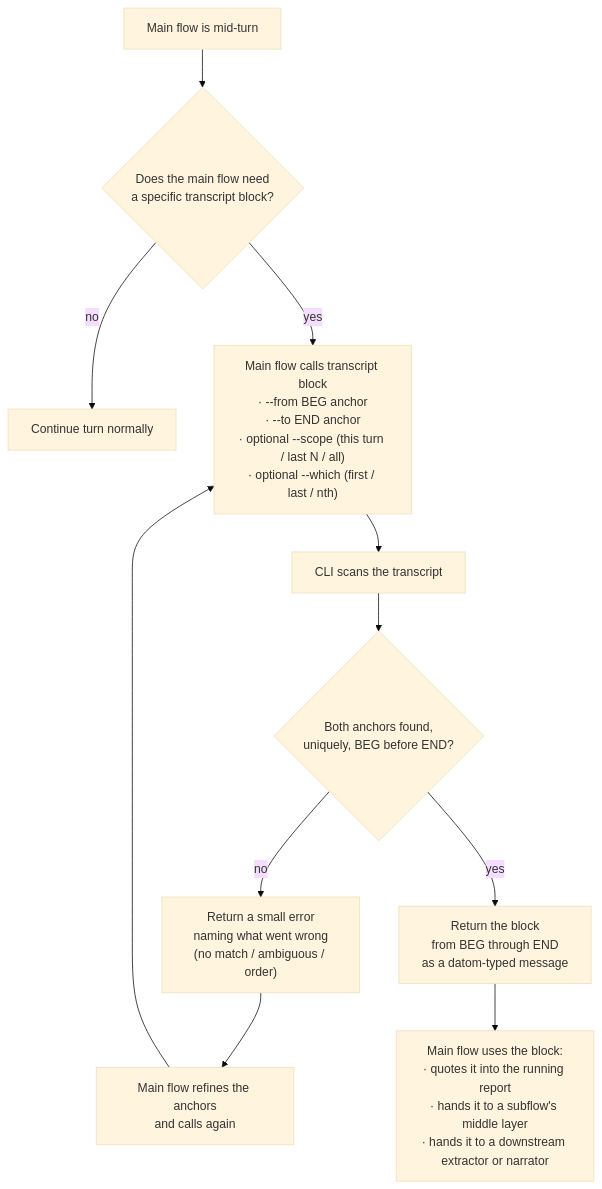
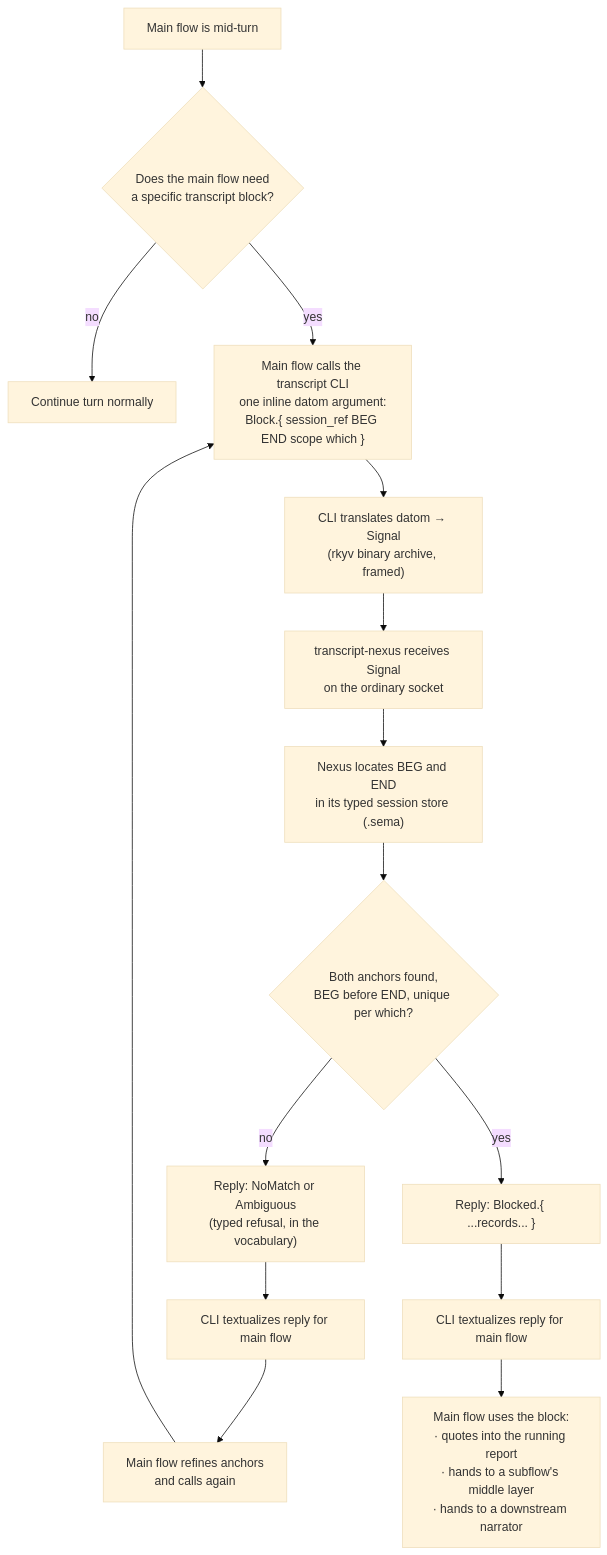
The diagram in flows/48cff7/notion/narratedExtractor.md (LiGoldragon/primary), drawn with Mermaid (base theme) before and after one commit. The commit also changed other lines of this file, not shown here.

First line of the commit message:
flow 48cff7: notion — anchor extract as a Nexus operation, not a flag CLI

````diff
--- a/flows/48cff7/notion/narratedExtractor.md
+++ b/flows/48cff7/notion/narratedExtractor.md
@@ -46,17 +59,22 @@
 ```mermaid
 flowchart TD
     Turn[Main flow is mid-turn]
     Turn --> Need{"Does the main flow need<br/>a specific transcript block?"}
     Need -->|no| Continue[Continue turn normally]
-    Need -->|yes| Call["Main flow calls transcript block<br/>· --from BEG anchor<br/>· --to END anchor<br/>· optional --scope (this turn / last N / all)<br/>· optional --which (first / last / nth)"]
+    Need -->|yes| Call["Main flow calls the transcript CLI<br/>one inline datom argument:<br/>Block.{ session_ref BEG END scope which }"]
 
-    Call --> Scan[CLI scans the transcript]
-    Scan --> Match{"Both anchors found,<br/>uniquely, BEG before END?"}
-    Match -->|no| Error["Return a small error<br/>naming what went wrong<br/>(no match / ambiguous / order)"]
-    Match -->|yes| Return["Return the block<br/>from BEG through END<br/>as a datom-typed message"]
+    Call --> Encode["CLI translates datom → Signal<br/>(rkyv binary archive, framed)"]
+    Encode --> Nexus["transcript-nexus receives Signal<br/>on the ordinary socket"]
+    Nexus --> Locate["Nexus locates BEG and END<br/>in its typed session store (.sema)"]
+    Locate --> Reply{"Both anchors found,<br/>BEG before END, unique per which?"}
+    Reply -->|no| Refused["Reply: NoMatch or Ambiguous<br/>(typed refusal, in the vocabulary)"]
+    Reply -->|yes| Blocked["Reply: Blocked.{ ...records... }"]
 
-    Error --> Refine["Main flow refines the anchors<br/>and calls again"]
+    Refused --> DecodeErr[CLI textualizes reply for main flow]
+    Blocked --> DecodeOk[CLI textualizes reply for main flow]
+
+    DecodeErr --> Refine["Main flow refines anchors<br/>and calls again"]
     Refine --> Call
 
-    Return --> Use["Main flow uses the block:<br/>· quotes it into the running report<br/>· hands it to a subflow's middle layer<br/>· hands it to a downstream extractor or narrator"]
+    DecodeOk --> Use["Main flow uses the block:<br/>· quotes into the running report<br/>· hands to a subflow's middle layer<br/>· hands to a downstream narrator"]
 ```
````
